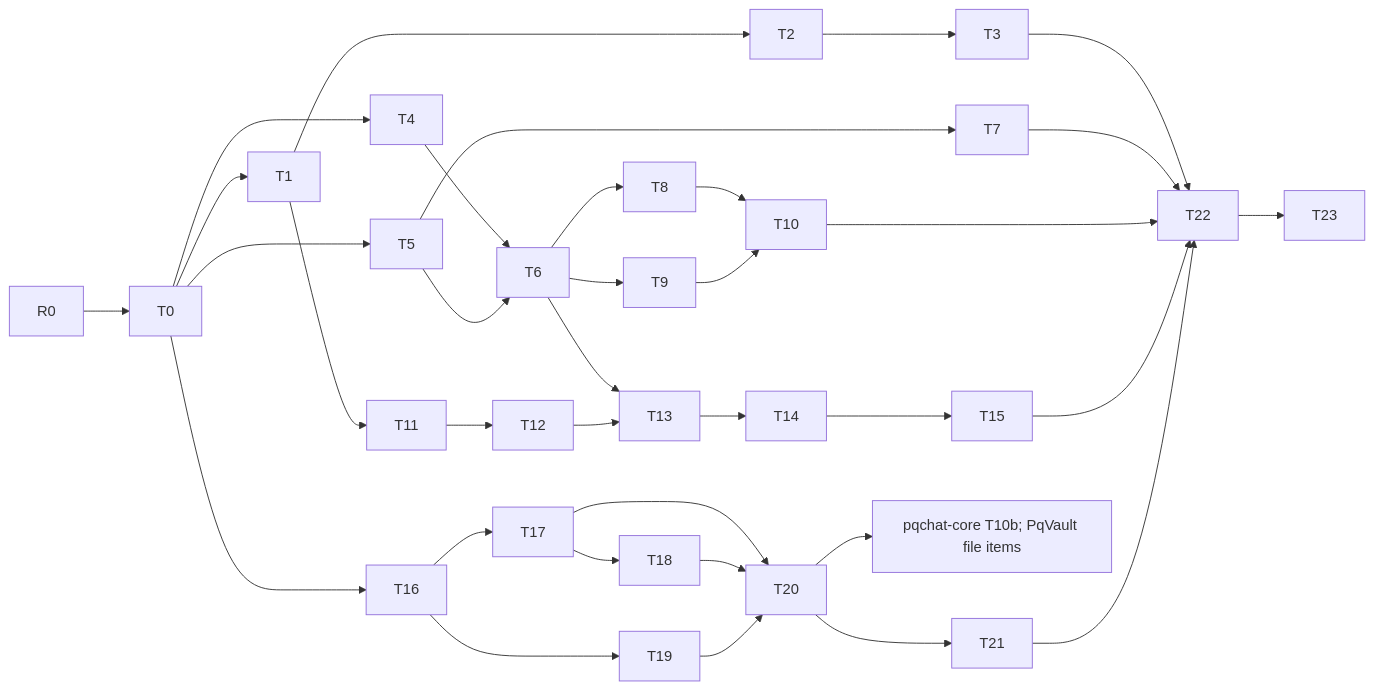
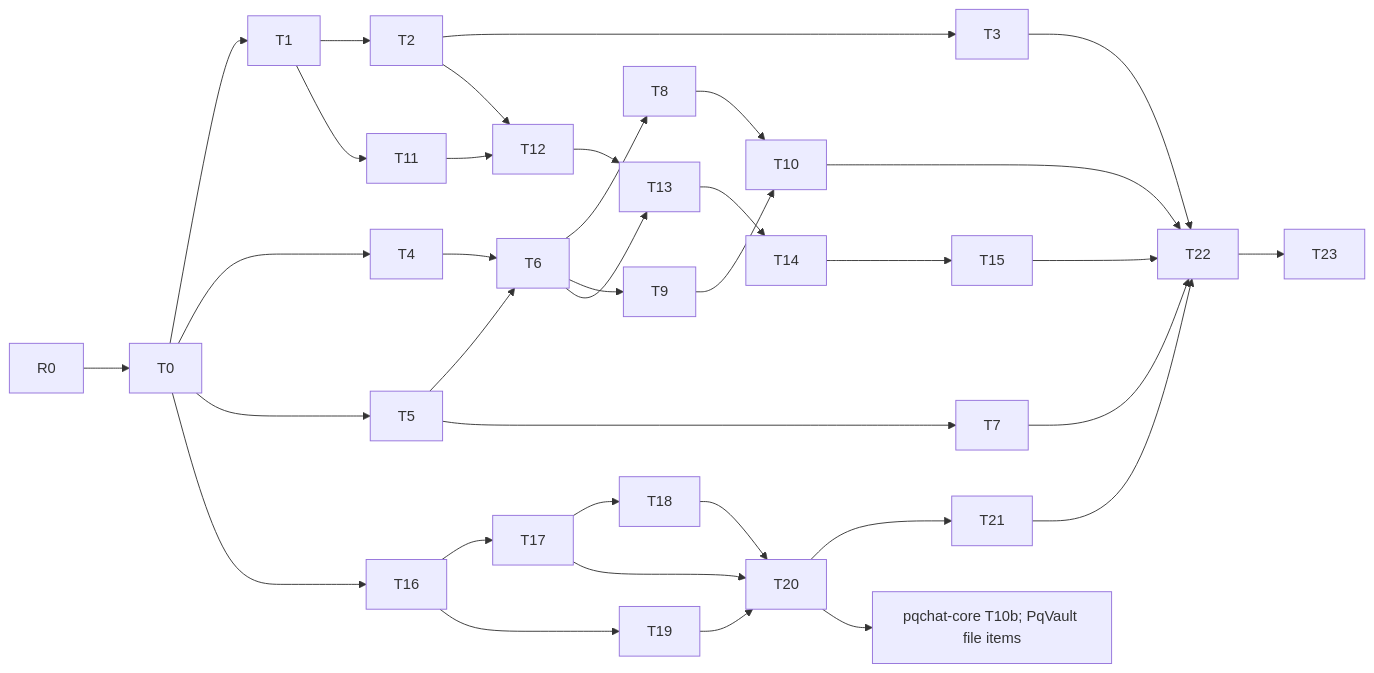
One commit to dinhduongha/scaas changed the diagram in docs/superpowers/plans/2026-11-21-avax-polkadot-arweave.md. Above: the diagram before and after it, drawn with Mermaid. The commit also changed other lines of this file and 10 other files, not shown here.

````diff
--- a/docs/superpowers/plans/2026-11-21-avax-polkadot-arweave.md
+++ b/docs/superpowers/plans/2026-11-21-avax-polkadot-arweave.md
@@ -108,28 +112,29 @@
 ```mermaid
 flowchart LR
   R0 --> T0
   T0 --> T1 --> T2 --> T3
   T0 --> T4
   T0 --> T5
   T4 --> T6
   T5 --> T6
   T5 --> T7
   T6 --> T8
   T6 --> T9
   T8 --> T10
   T9 --> T10
   T1 --> T11 --> T12
+  T2 --> T12
   T6 --> T13
   T12 --> T13 --> T14 --> T15
   T0 --> T16 --> T17 --> T18
   T16 --> T19
   T17 --> T20
   T18 --> T20
   T19 --> T20 --> T21
   T20 --> PQC["pqchat-core T10b; PqVault file items"]
   T3 --> T22
   T7 --> T22
   T10 --> T22
   T15 --> T22
   T21 --> T22 --> T23
 ```
````
